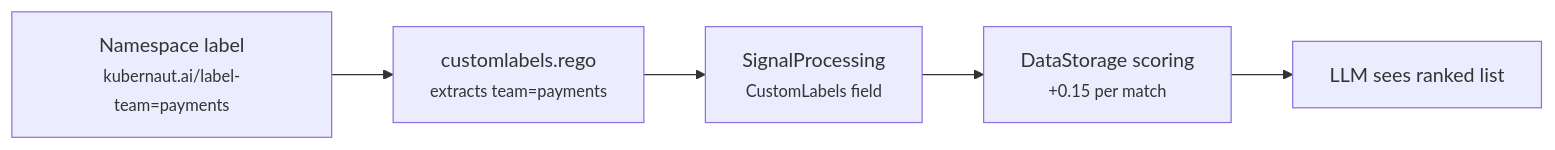
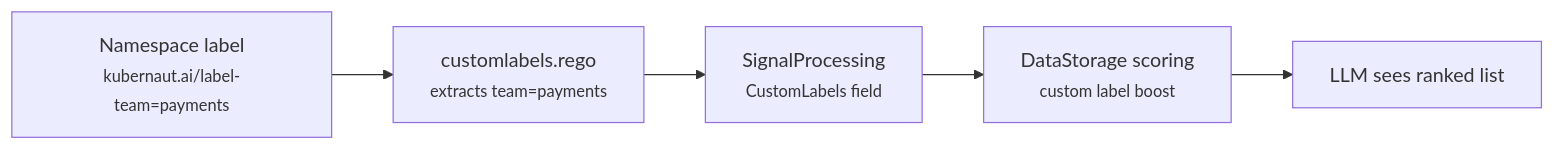
The diagram in docs/user-guide/workflow-authoring.md (jordigilh/kubernaut-docs), drawn with Mermaid before and after one commit. The commit also changed other lines of this file and 11 other files, not shown here.

First line of the commit message:
docs: deduplicate content across architecture and user-guide pages

````diff
--- a/docs/user-guide/workflow-authoring.md
+++ b/docs/user-guide/workflow-authoring.md
@@ -150,7 +146,7 @@
 ```mermaid
 flowchart LR
     NS["Namespace label<br/><small>kubernaut.ai/label-team=payments</small>"] --> Rego["customlabels.rego<br/><small>extracts team=payments</small>"]
     Rego --> SP["SignalProcessing<br/><small>CustomLabels field</small>"]
-    SP --> DS["DataStorage scoring<br/><small>+0.15 per match</small>"]
+    SP --> DS["DataStorage scoring<br/><small>custom label boost</small>"]
     DS --> LLM["LLM sees ranked list"]
 ```
````
